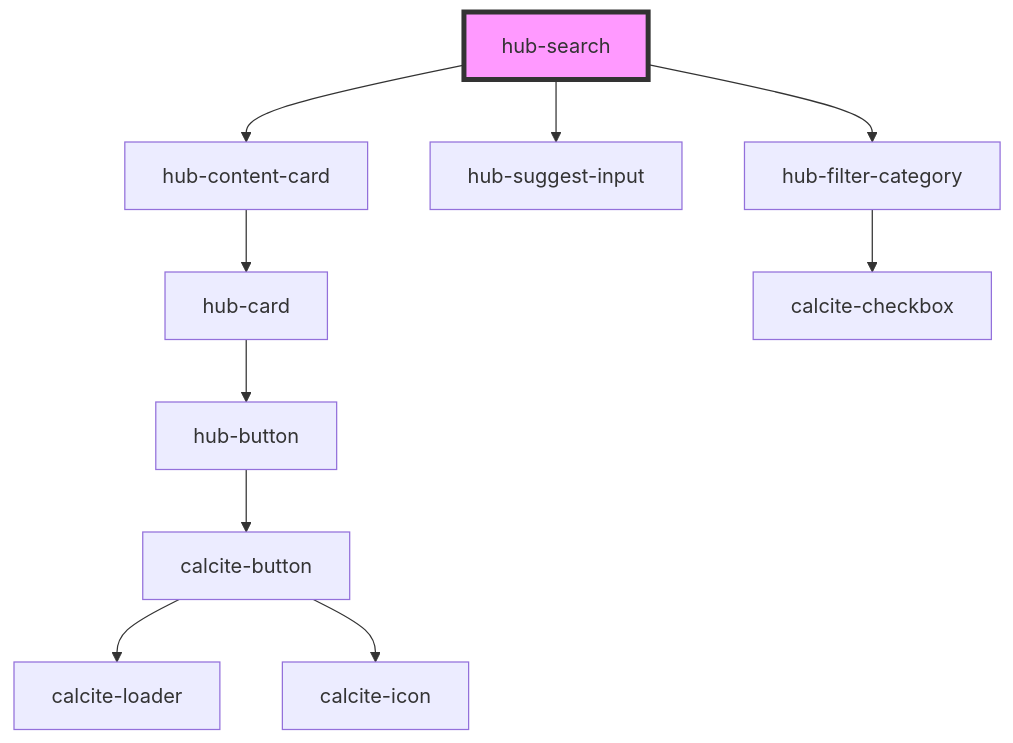
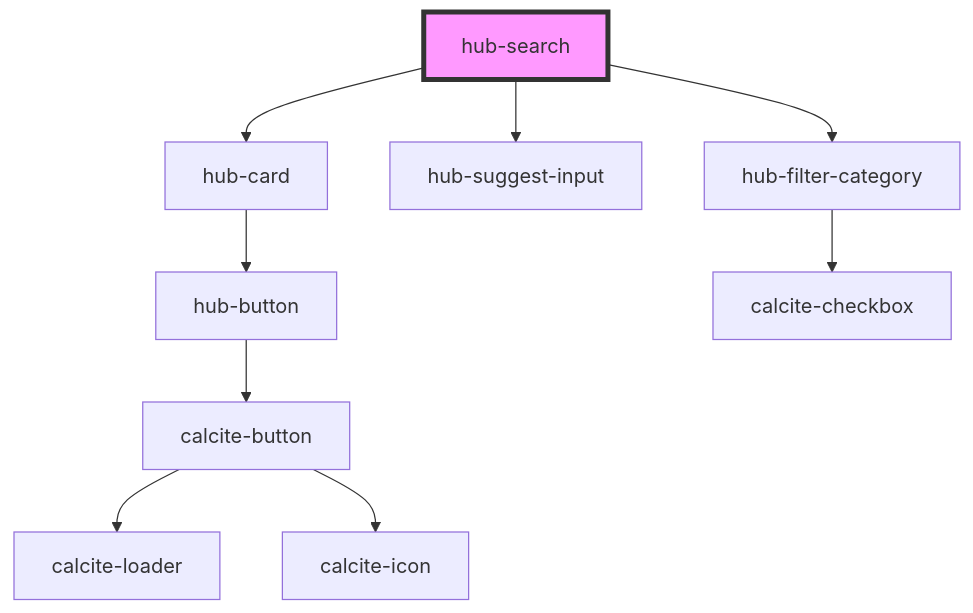
The diagram in src/components/hub-search/readme.md (esridc/hub-components-experiments), drawn with Mermaid before and after one commit. The commit also changed other lines of this file and 10 other files, not shown here.

````diff
--- a/src/components/hub-search/readme.md
+++ b/src/components/hub-search/readme.md
@@ -26,13 +28,12 @@
 ```mermaid
 graph TD;
-  hub-search --> hub-content-card
+  hub-search --> hub-card
   hub-search --> hub-suggest-input
   hub-search --> hub-filter-category
-  hub-content-card --> hub-card
   hub-card --> hub-button
   hub-button --> calcite-button
   calcite-button --> calcite-loader
   calcite-button --> calcite-icon
   hub-filter-category --> calcite-checkbox
   style hub-search fill:#f9f,stroke:#333,stroke-width:4px
 ```
````
